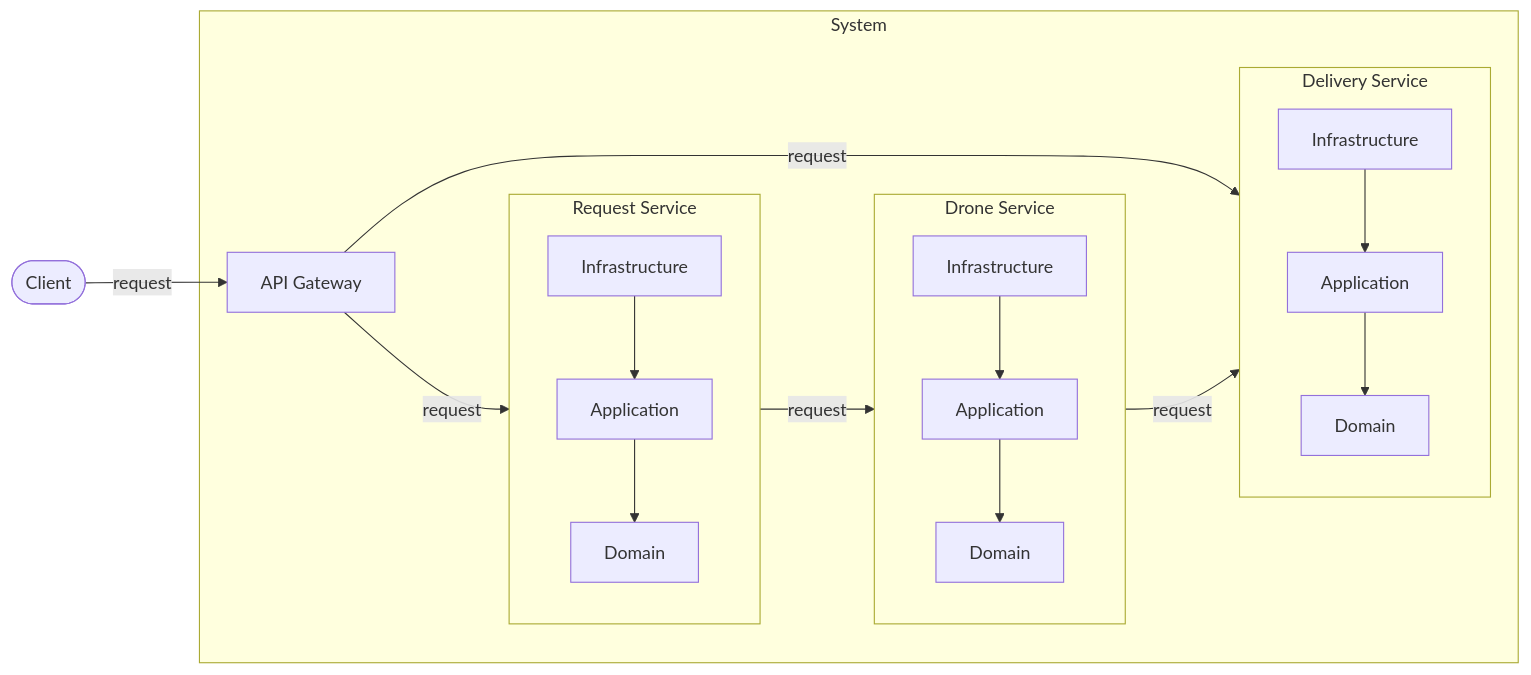
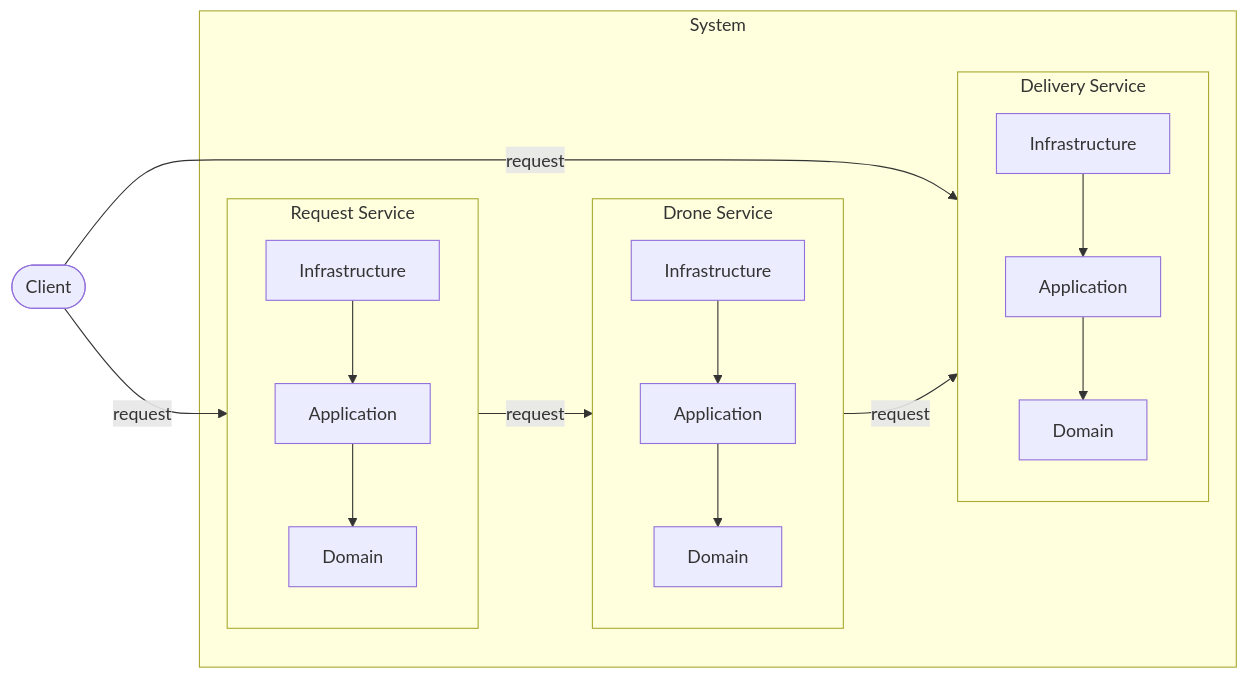
Before and after one commit to lorenzodng/sap-assignment01: the second of 2 diagrams in docs/living-doc.md, drawn with Mermaid. The commit also changed other lines of this file and 32 other files, not shown here.

````diff
--- a/docs/living-doc.md
+++ b/docs/living-doc.md
@@ -242,26 +241,23 @@
 ```mermaid
 flowchart LR
     C([Client])
 
     subgraph System
-        AG[API Gateway]
-
         subgraph RS[Request Service]
             RS_I[Infrastructure] --> RS_A[Application] --> RS_D[Domain]
         end
 
         subgraph DS[Drone Service]
             DS_I[Infrastructure] --> DS_A[Application] --> DS_D[Domain]
         end
 
         subgraph DLS[Delivery Service]
             DLS_I[Infrastructure] --> DLS_A[Application] --> DLS_D[Domain]
         end
     end
 
-    C -->|request| AG
-    AG -->|request| RS
-    AG -->|request| DLS
+    C -->|request| RS
+    C -->|request| DLS
     RS -->|request| DS
     DS -->|request| DLS
 ```
````
